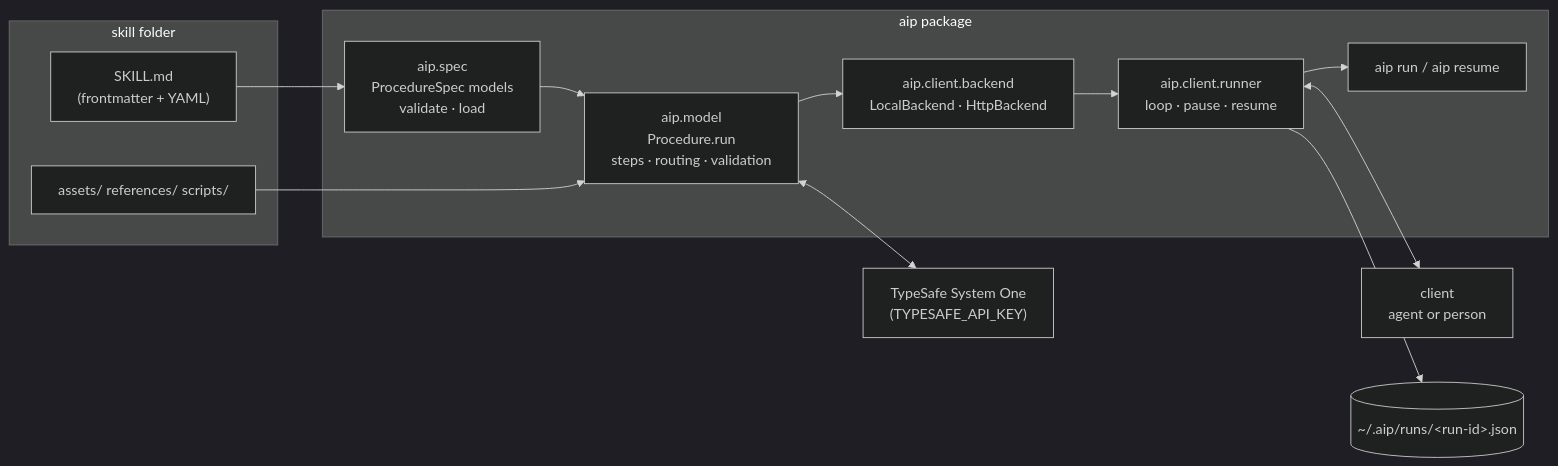
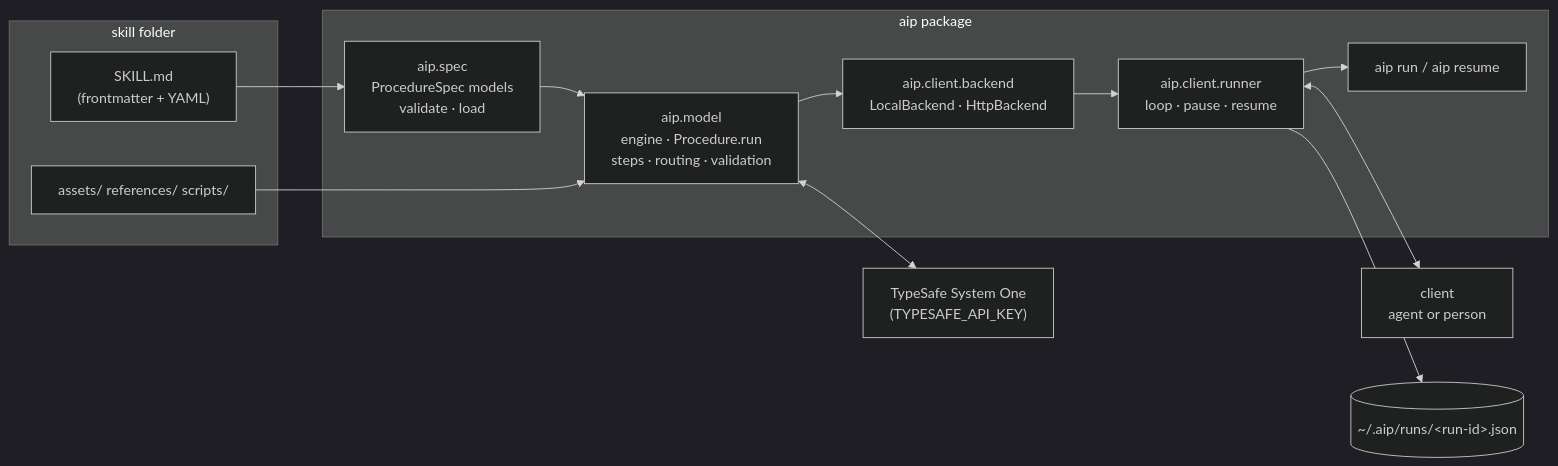
Before and after one commit to zach-blumenfeld/aip: the diagram in docs/running.md, drawn with Mermaid (dark theme). The commit also changed other lines of this file and 23 other files, not shown here.

````diff
--- a/docs/running.md
+++ b/docs/running.md
@@ -7,24 +7,24 @@
 ```mermaid
 flowchart LR
     subgraph skill["skill folder"]
         md["SKILL.md<br/>(frontmatter + YAML)"]
         res["assets/ references/ scripts/"]
     end
     subgraph aip["aip package"]
         spec["aip.spec<br/>ProcedureSpec models<br/>validate · load"]
-        model["aip.model<br/>Procedure.run<br/>steps · routing · validation"]
+        model["aip.model<br/>engine · Procedure.run<br/>steps · routing · validation"]
         backend["aip.client.backend<br/>LocalBackend · HttpBackend"]
         runner["aip.client.runner<br/>loop · pause · resume"]
         cli["aip run / aip resume"]
     end
     jev["TypeSafe System One<br/>(TYPESAFE_API_KEY)"]
     client["client<br/>agent or person"]
     runfile[("~/.aip/runs/&lt;run-id&gt;.json")]
 
     md --> spec --> model
     res --> model
     model <--> jev
     model --> backend --> runner --> cli
     runner <--> client
     runner --> runfile
 ```
````
